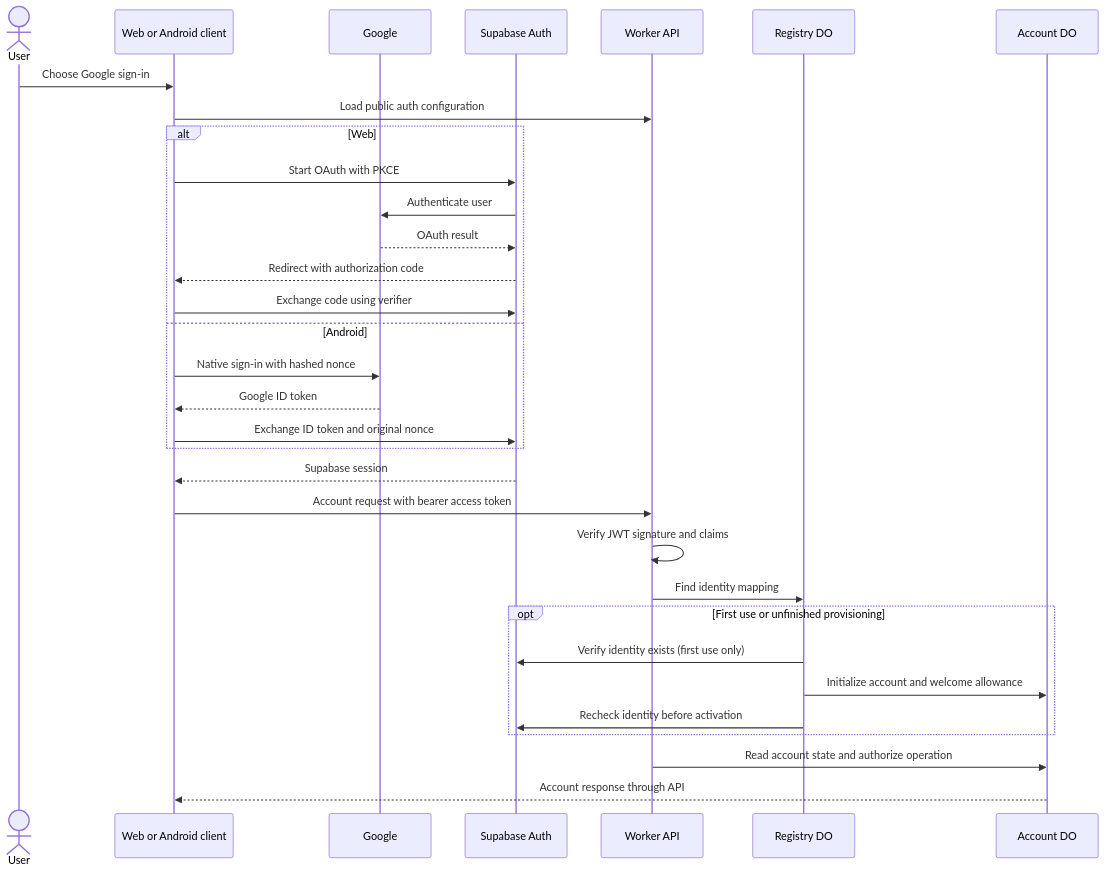
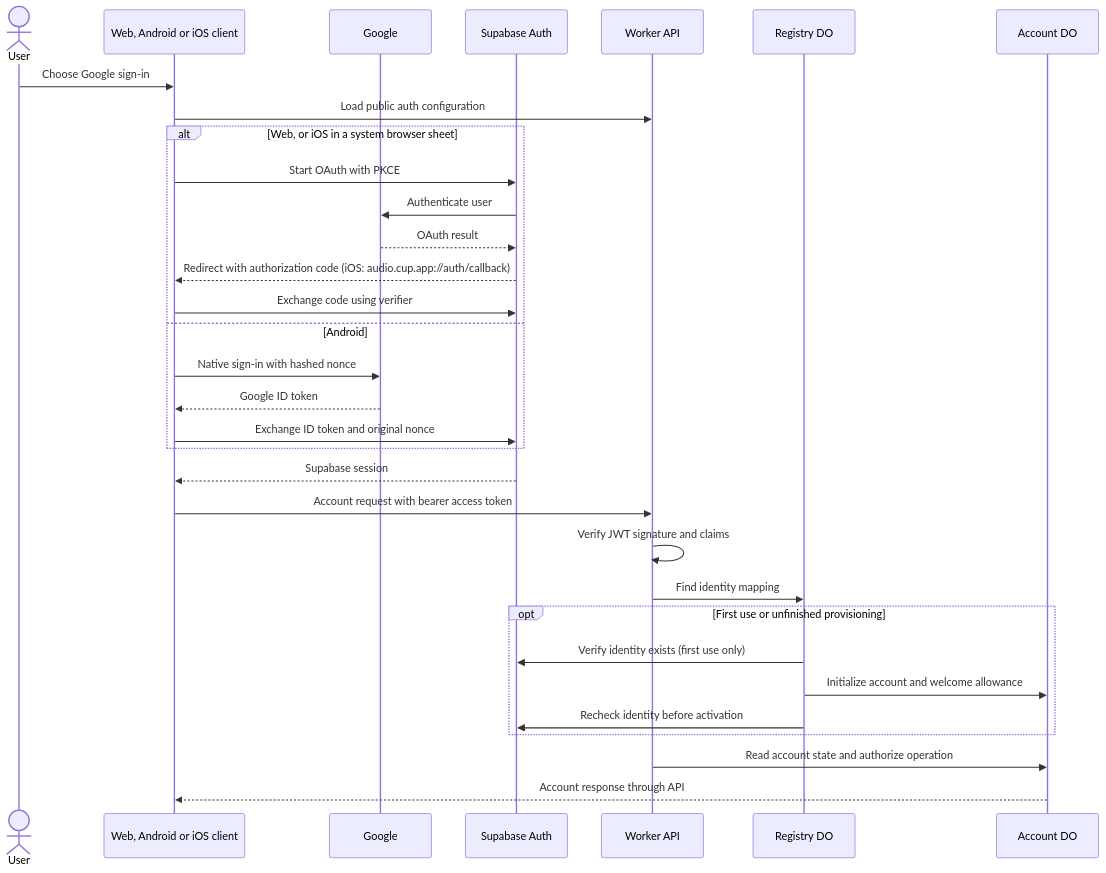
Before and after one commit to patricktree/cup: the first of 3 diagrams in docs/architecture/authentication.md, drawn with Mermaid. The commit also changed other lines of this file and 30 other files, not shown here.

First line of the commit message:
fix(mobile-app): sign in with Google on iOS through a system browser sheet (#227)

````diff
--- a/docs/architecture/authentication.md
+++ b/docs/architecture/authentication.md
@@ -7,34 +7,34 @@
 ```mermaid
 sequenceDiagram
     actor User
-    participant Client as Web or Android client
+    participant Client as Web, Android or iOS client
     participant Google
     participant Auth as Supabase Auth
     participant API as Worker API
     participant Registry as Registry DO
     participant Account as Account DO
     User->>Client: Choose Google sign-in
     Client->>API: Load public auth configuration
-    alt Web
+    alt Web, or iOS in a system browser sheet
         Client->>Auth: Start OAuth with PKCE
         Auth->>Google: Authenticate user
         Google-->>Auth: OAuth result
-        Auth-->>Client: Redirect with authorization code
+        Auth-->>Client: Redirect with authorization code (iOS: audio.cup.app://auth/callback)
         Client->>Auth: Exchange code using verifier
     else Android
         Client->>Google: Native sign-in with hashed nonce
         Google-->>Client: Google ID token
         Client->>Auth: Exchange ID token and original nonce
     end
     Auth-->>Client: Supabase session
     Client->>API: Account request with bearer access token
     API->>API: Verify JWT signature and claims
     API->>Registry: Find identity mapping
     opt First use or unfinished provisioning
         Registry->>Auth: Verify identity exists (first use only)
         Registry->>Account: Initialize account and welcome allowance
         Registry->>Auth: Recheck identity before activation
     end
     API->>Account: Read account state and authorize operation
     Account-->>Client: Account response through API
 ```
````
